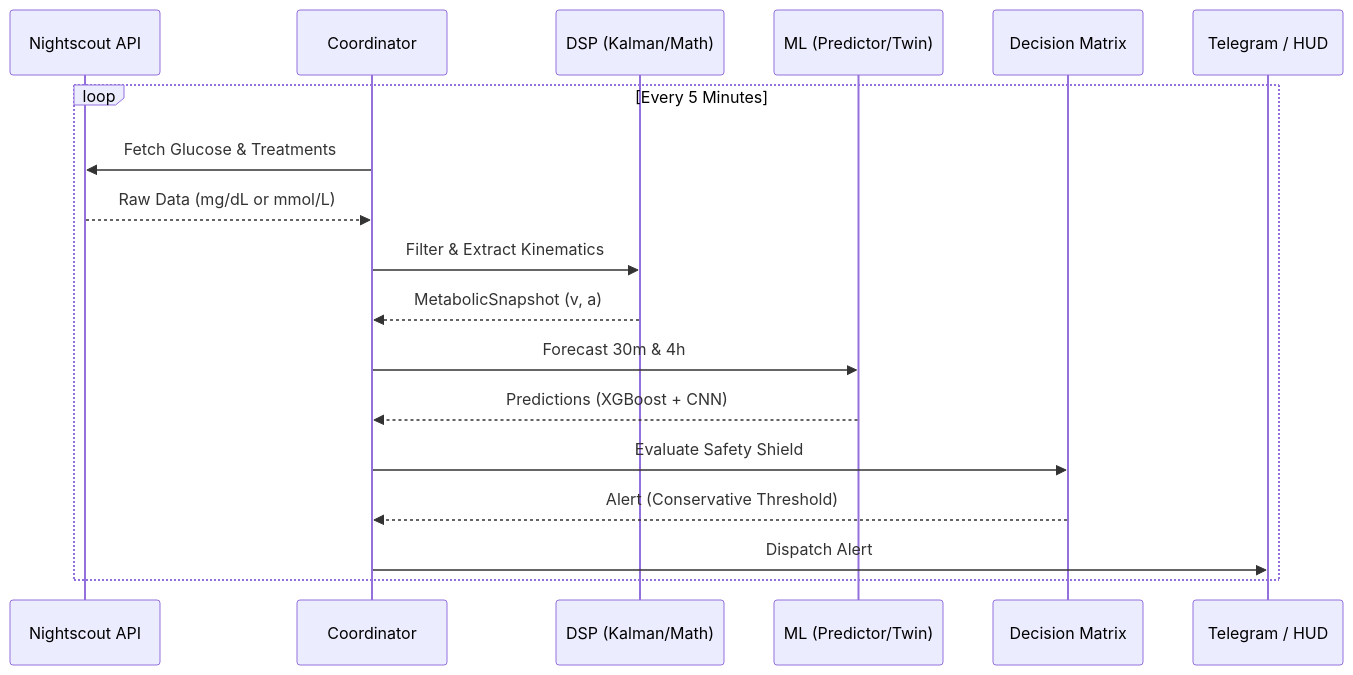
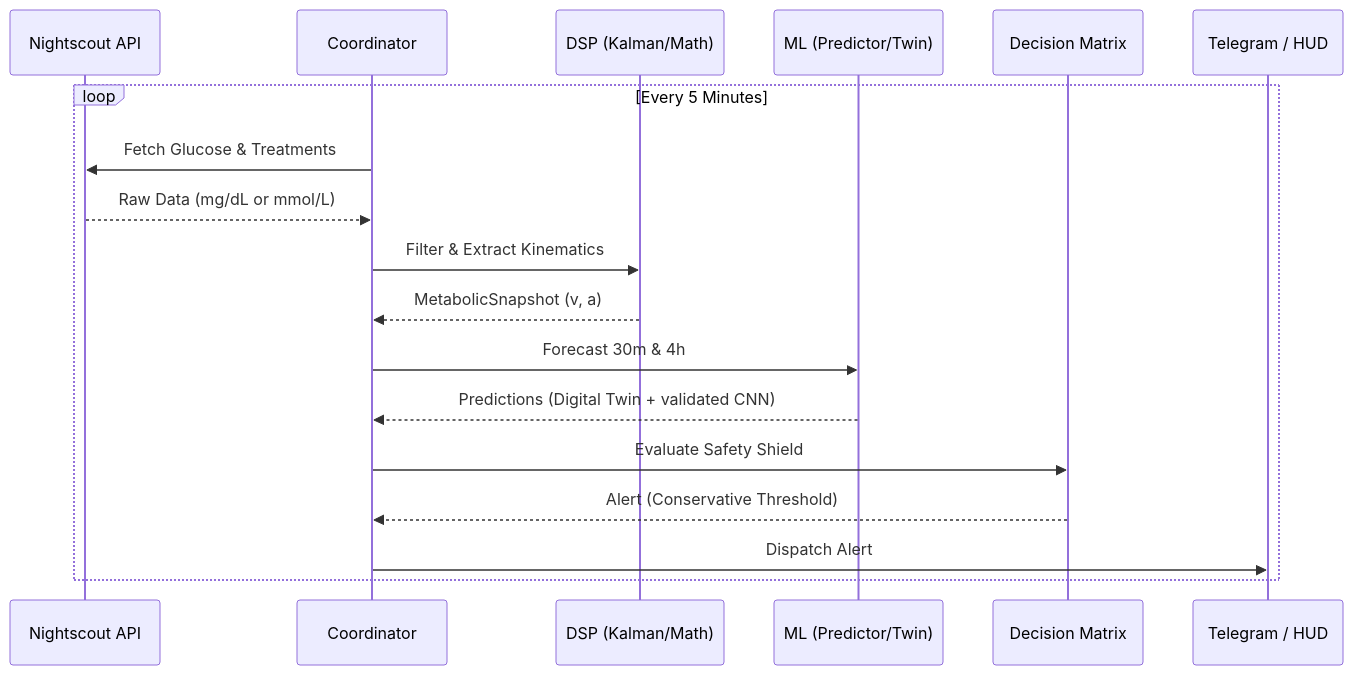
One commit to vgbn2/diabetic changed the diagram in docs/architecture.md. Above: the diagram before and after it, drawn with Mermaid. The commit also changed other lines of this file and 76 other files, not shown here.

````diff
--- a/docs/architecture.md
+++ b/docs/architecture.md
@@ -22,21 +22,21 @@
 ```mermaid
 sequenceDiagram
     participant NS as Nightscout API
     participant C as Coordinator
     participant DSP as DSP (Kalman/Math)
     participant ML as ML (Predictor/Twin)
     participant DM as Decision Matrix
     participant T as Telegram / HUD
 
     loop Every 5 Minutes
         C->>NS: Fetch Glucose & Treatments
         NS-->>C: Raw Data (mg/dL or mmol/L)
         C->>DSP: Filter & Extract Kinematics
         DSP-->>C: MetabolicSnapshot (v, a)
         C->>ML: Forecast 30m & 4h
-        ML-->>C: Predictions (XGBoost + CNN)
+        ML-->>C: Predictions (Digital Twin + validated CNN)
         C->>DM: Evaluate Safety Shield
         DM-->>C: Alert (Conservative Threshold)
         C->>T: Dispatch Alert
     end
 ```
````
